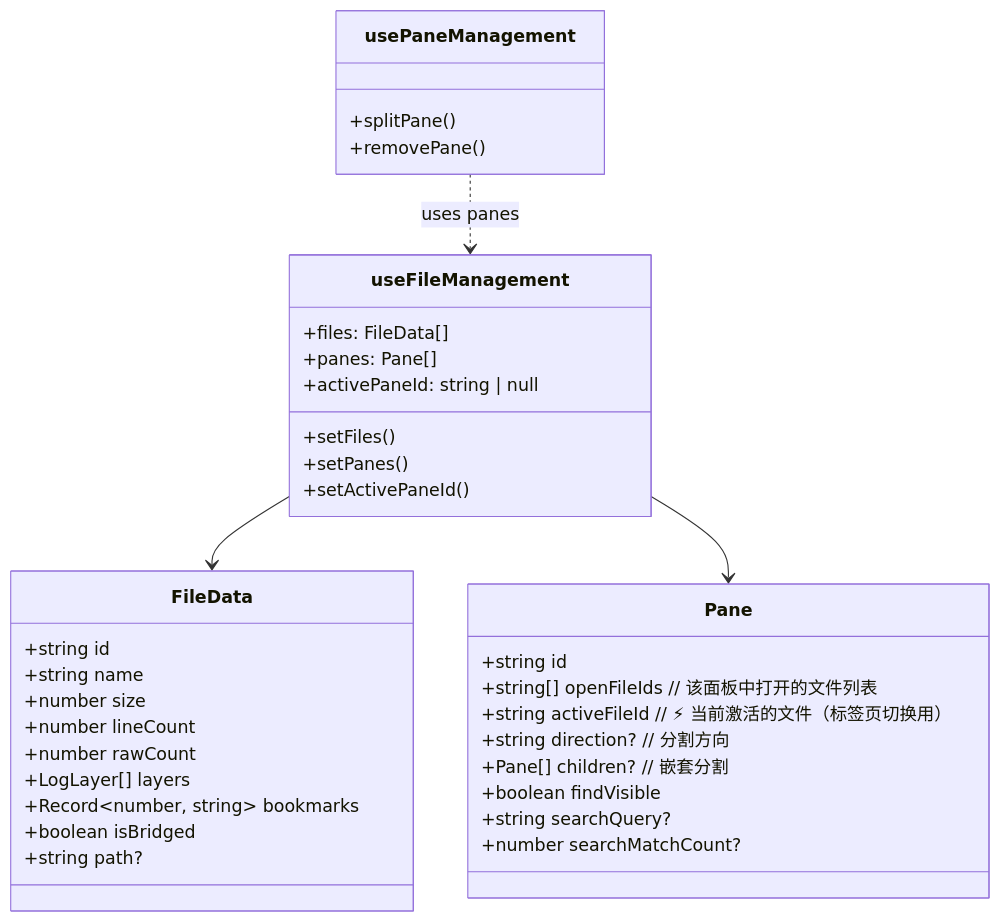
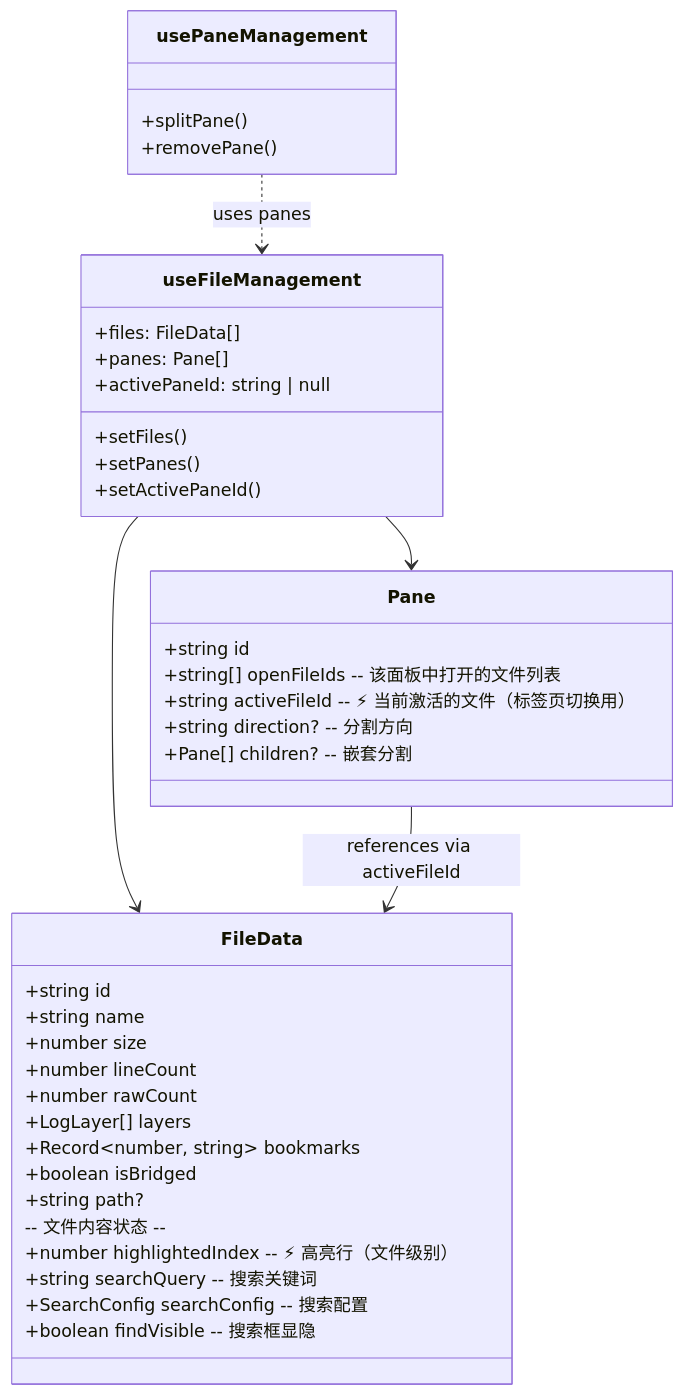
One commit to qmjianda/loglayer changed the ninth of 25 diagrams in megatron_mermaid.md. Above: the diagram before and after it, drawn with Mermaid. The commit also changed other lines of this file and 5 other files, not shown here.

First line of the commit message:
refactor: 将 highlightedIndex 从 Pane 移至 FileData

````diff
--- a/megatron_mermaid.md
+++ b/megatron_mermaid.md
@@ -580,43 +580,46 @@
 ```mermaid
 classDiagram
     class useFileManagement {
         +files: FileData[]
         +panes: Pane[]
         +activePaneId: string | null
         +setFiles()
         +setPanes()
         +setActivePaneId()
     }
     
     class usePaneManagement {
         +splitPane()
         +removePane()
     }
     
     class FileData {
         +string id
         +string name
         +number size
         +number lineCount
         +number rawCount
         +LogLayer[] layers
         +Record~number, string~ bookmarks
         +boolean isBridged
         +string path?
+        -- 文件内容状态 --
+        +number highlightedIndex    -- ⚡ 高亮行（文件级别）
+        +string searchQuery         -- 搜索关键词
+        +SearchConfig searchConfig  -- 搜索配置
+        +boolean findVisible        -- 搜索框显隐
     }
     
     class Pane {
         +string id
-        +string[] openFileIds        // 该面板中打开的文件列表
-        +string activeFileId         // ⚡ 当前激活的文件（标签页切换用）
-        +string direction?           // 分割方向
-        +Pane[] children?            // 嵌套分割
-        +boolean findVisible
-        +string searchQuery?
-        +number searchMatchCount?
+        +string[] openFileIds        -- 该面板中打开的文件列表
+        +string activeFileId         -- ⚡ 当前激活的文件（标签页切换用）
+        +string direction?           -- 分割方向
+        +Pane[] children?            -- 嵌套分割
     }
     
     useFileManagement --> FileData
     useFileManagement --> Pane
     usePaneManagement ..> useFileManagement : uses panes
+    Pane --> FileData : references via activeFileId
 ```
````
